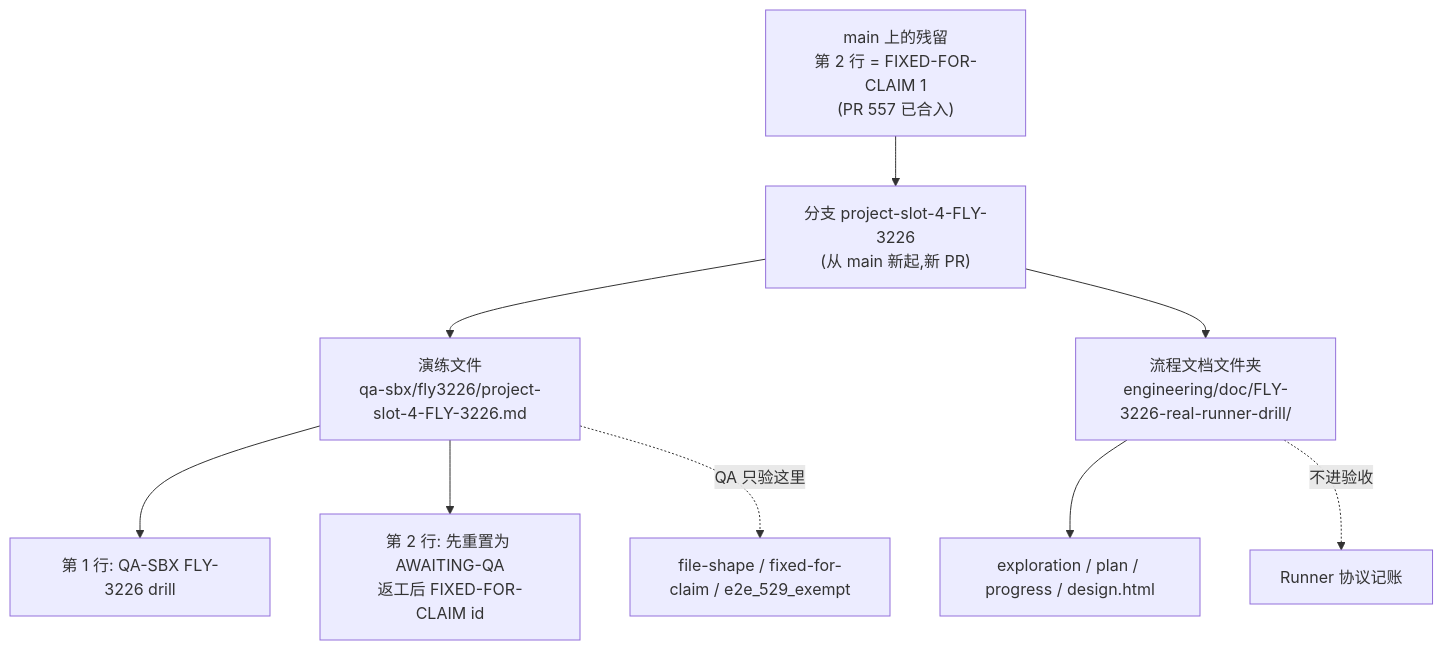
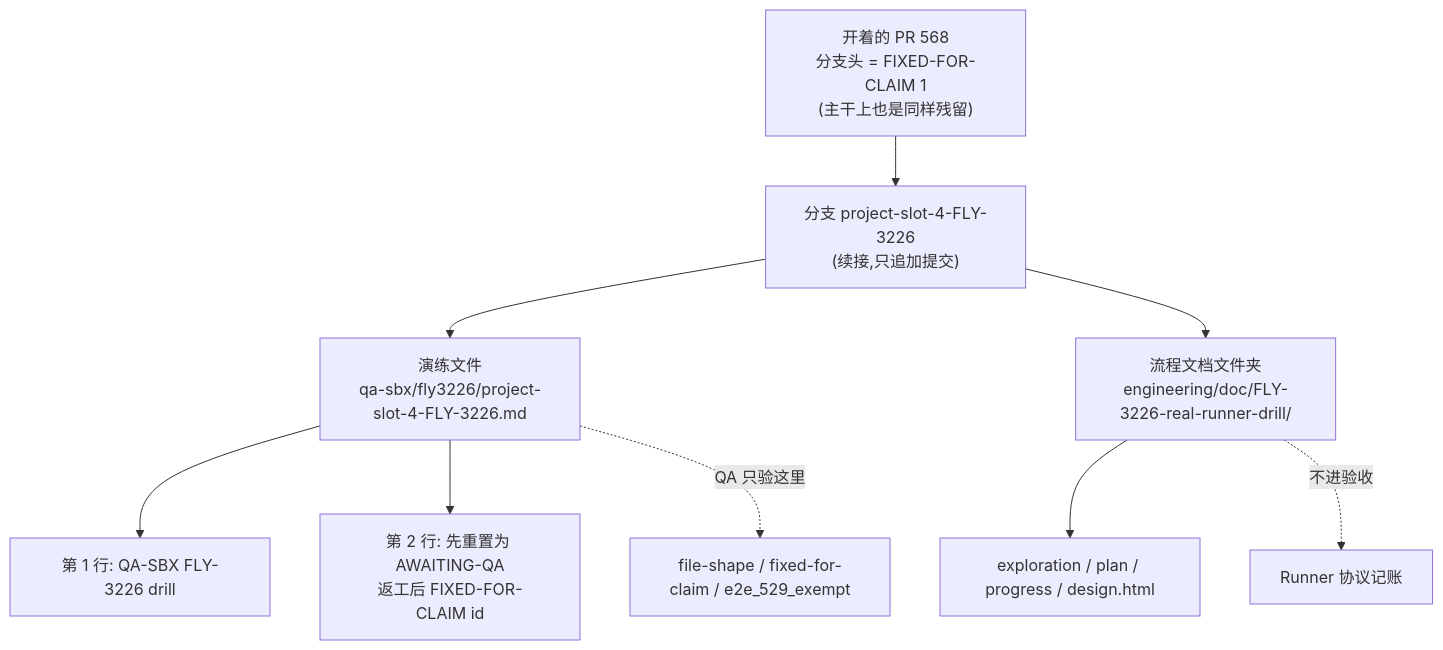
The diagram in engineering/doc/FLY-3226-real-runner-drill/d2-data-model.mmd (xrliAnnie/flywheel-qa-sandbox), drawn with Mermaid before and after one commit. The commit also changed 7 other files, not shown here.

```diff
--- a/engineering/doc/FLY-3226-real-runner-drill/d2-data-model.mmd
+++ b/engineering/doc/FLY-3226-real-runner-drill/d2-data-model.mmd
@@ -1,9 +1,9 @@
 flowchart TD
-    M["main 上的残留<br/>第 2 行 = FIXED-FOR-CLAIM 1<br/>(PR 557 已合入)"] --> B["分支 project-slot-4-FLY-3226<br/>(从 main 新起,新 PR)"]
+    M["开着的 PR 568<br/>分支头 = FIXED-FOR-CLAIM 1<br/>(主干上也是同样残留)"] --> B["分支 project-slot-4-FLY-3226<br/>(续接,只追加提交)"]
     B --> T["演练文件<br/>qa-sbx/fly3226/project-slot-4-FLY-3226.md"]
     B --> P["流程文档文件夹<br/>engineering/doc/FLY-3226-real-runner-drill/"]
     T --> L1["第 1 行: QA-SBX FLY-3226 drill"]
     T --> L2["第 2 行: 先重置为 AWAITING-QA<br/>返工后 FIXED-FOR-CLAIM id"]
     P --> X["exploration / plan / progress / design.html"]
     T -. "QA 只验这里" .-> C["file-shape / fixed-for-claim / e2e_529_exempt"]
     P -. "不进验收" .-> N["Runner 协议记账"]
```
